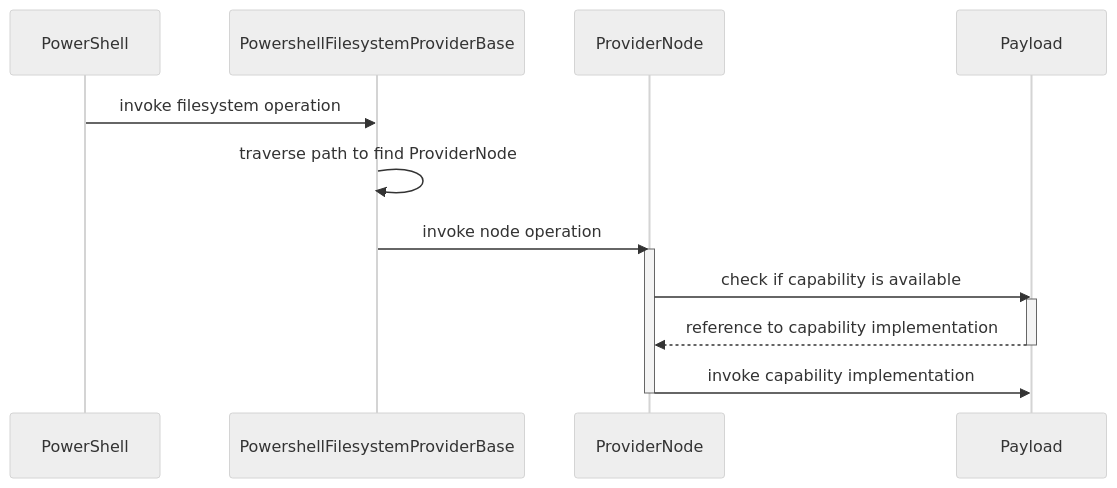
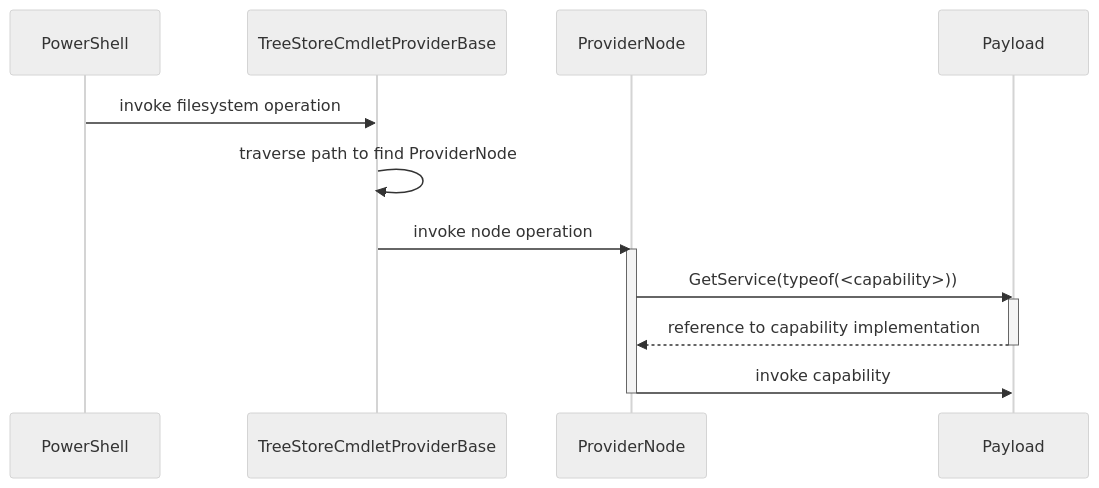
Before and after one commit to wgross/TreeStore.Core: the diagram in README.md, drawn with Mermaid (neutral theme). The commit also changed other lines of this file and 26 other files, not shown here.

````diff
--- a/README.md
+++ b/README.md
@@ -21,22 +24,22 @@
 ```mermaid
 %%{
 	init: { 
 		"sequence": { 
 			"showSequenceNumbers":true,
 			"rightAngles":true,
 		}
 	}
 }%%
 
 sequenceDiagram
-    PowerShell ->> PowershellFilesystemProviderBase: invoke filesystem operation
-    PowershellFilesystemProviderBase ->> PowershellFilesystemProviderBase: traverse path to find ProviderNode
-    PowershellFilesystemProviderBase ->> ProviderNode: invoke node operation
+    PowerShell ->> TreeStoreCmdletProviderBase: invoke filesystem operation
+    TreeStoreCmdletProviderBase ->> TreeStoreCmdletProviderBase: traverse path to find ProviderNode
+    TreeStoreCmdletProviderBase ->> ProviderNode: invoke node operation
     activate ProviderNode
-    ProviderNode ->> Payload: check if capability is available
+    ProviderNode ->> Payload: GetService(typeof(<capability>))
     activate Payload
     Payload -->> ProviderNode: reference to capability implementation
     deactivate Payload
-    ProviderNode ->> Payload: invoke capability implementation
+    ProviderNode ->> Payload: invoke capability 
     deactivate ProviderNode
 ```
````
